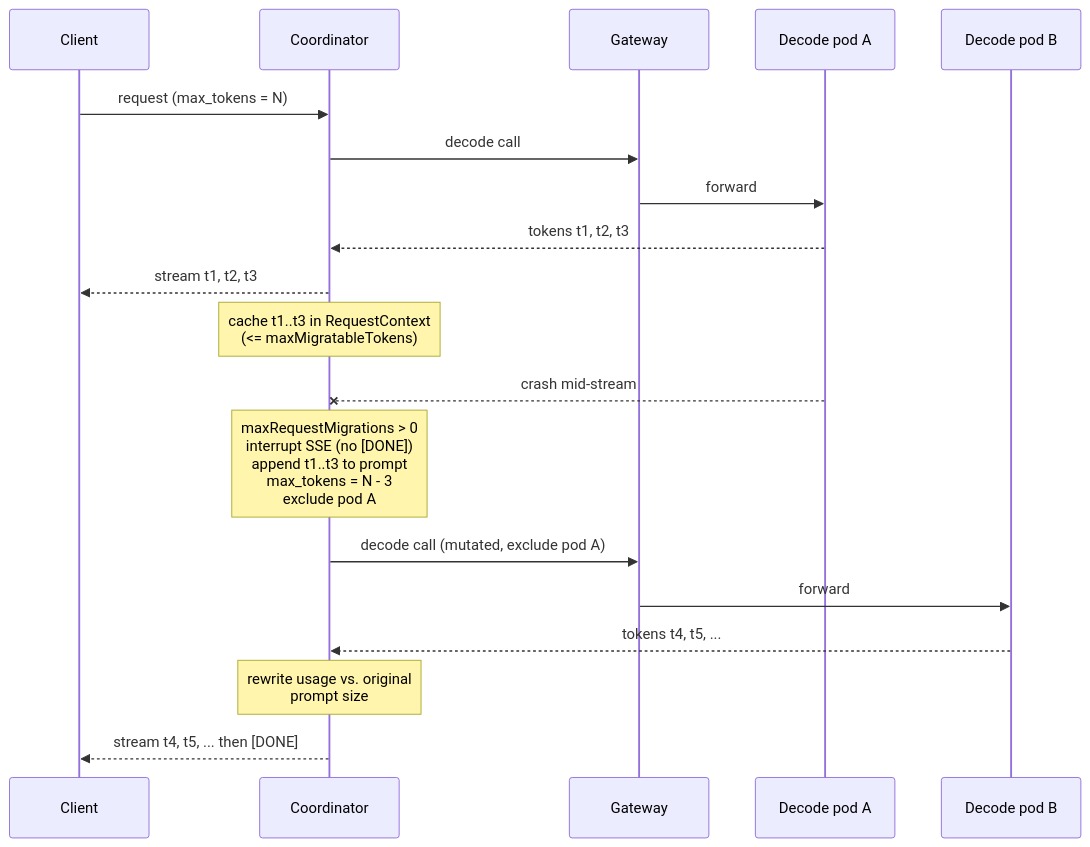
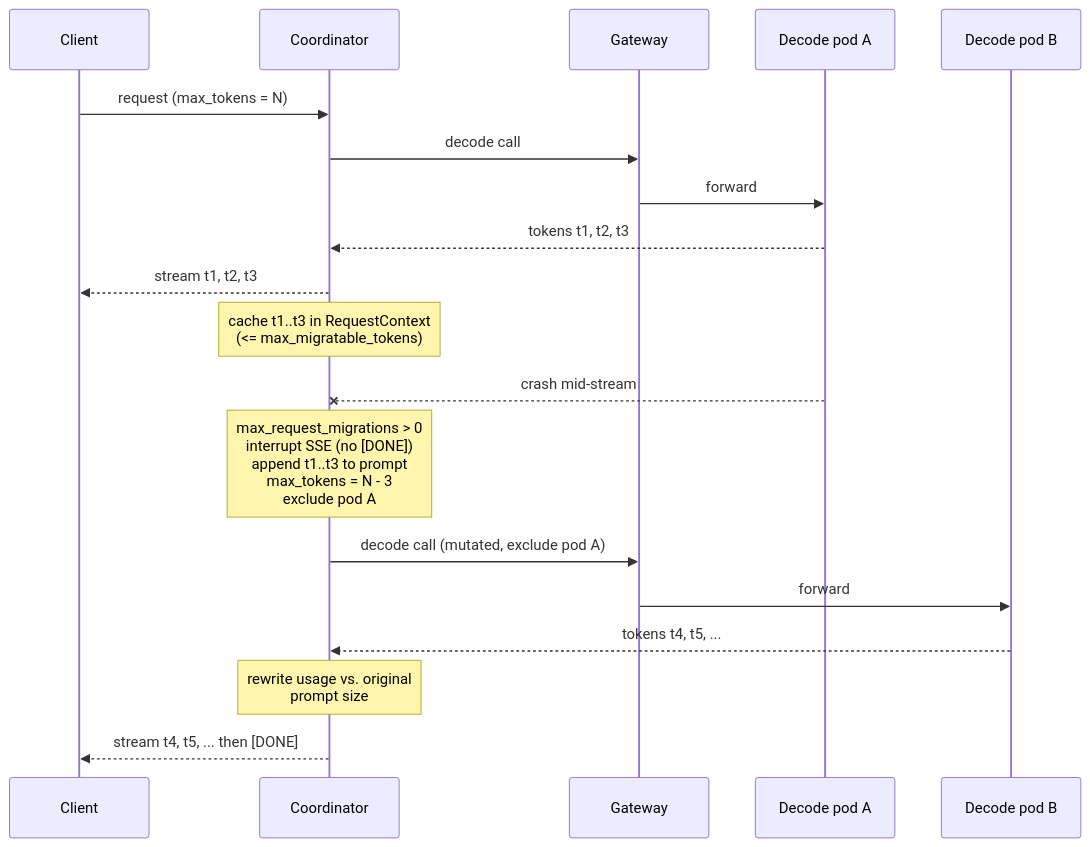
Before and after one commit to jtechapps/llm-d-router: the fourth of 5 diagrams in docs/active_request_migration.md, drawn with Mermaid. The commit also changed other lines of this file and 14 other files, not shown here.

````diff
--- a/docs/active_request_migration.md
+++ b/docs/active_request_migration.md
@@ -190,22 +190,22 @@
 ```mermaid
 sequenceDiagram
     participant Client
     participant Coord as Coordinator
     participant GW as Gateway
     participant A as Decode pod A
     participant B as Decode pod B
 
     Client->>Coord: request (max_tokens = N)
     Coord->>GW: decode call
     GW->>A: forward
     A-->>Coord: tokens t1, t2, t3
     Coord-->>Client: stream t1, t2, t3
-    Note over Coord: cache t1..t3 in RequestContext<br/>(<= maxMigratableTokens)
+    Note over Coord: cache t1..t3 in RequestContext<br/>(<= max_migratable_tokens)
     A--xCoord: crash mid-stream
-    Note over Coord: maxRequestMigrations > 0<br/>interrupt SSE (no [DONE])<br/>append t1..t3 to prompt<br/>max_tokens = N - 3<br/>exclude pod A
+    Note over Coord: max_request_migrations > 0<br/>interrupt SSE (no [DONE])<br/>append t1..t3 to prompt<br/>max_tokens = N - 3<br/>exclude pod A
     Coord->>GW: decode call (mutated, exclude pod A)
     GW->>B: forward
     B-->>Coord: tokens t4, t5, ...
     Note over Coord: rewrite usage vs. original<br/>prompt size
     Coord-->>Client: stream t4, t5, ... then [DONE]
 ```
````
